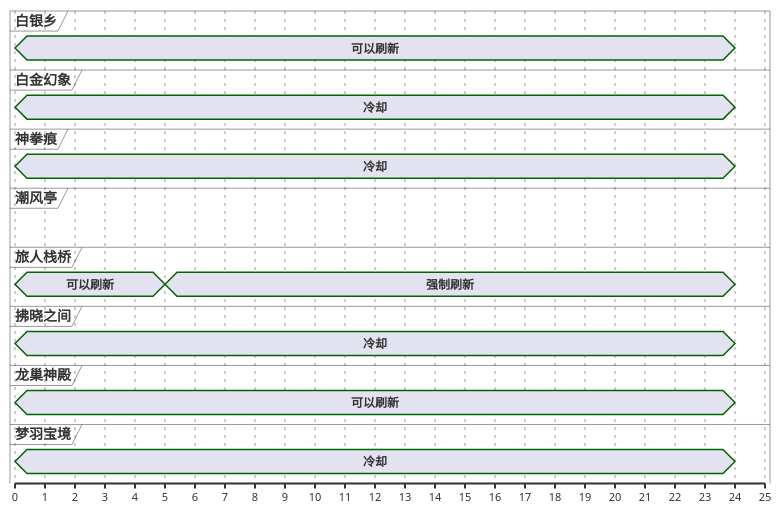
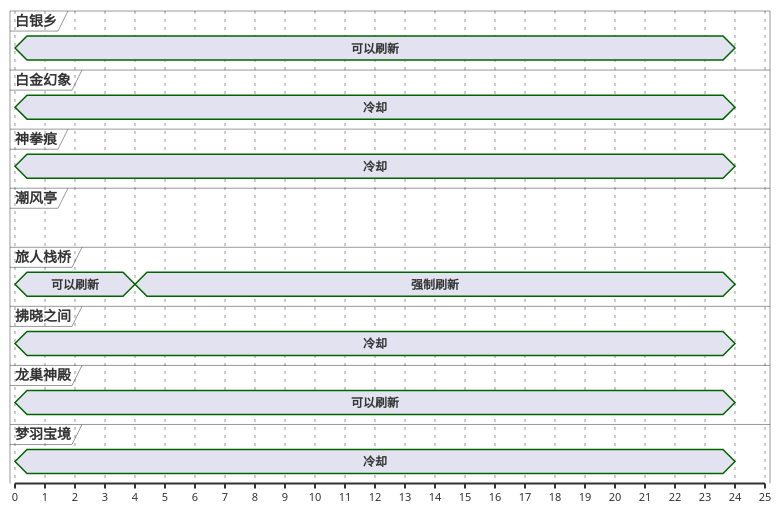
Before and after one commit to Eroleice/doc-pi: the second of 13 diagrams in ffxiv/hunt/2.0/Nunyunuwi.md, drawn with PlantUML. The commit also changed other lines of this file and 38 other files, not shown here.

````diff
--- a/ffxiv/hunt/2.0/Nunyunuwi.md
+++ b/ffxiv/hunt/2.0/Nunyunuwi.md
@@ -90,46 +90,46 @@
 ```plantuml
 @startuml
 scale 1 as 30 pixels
 
 concise 白银乡
 concise 白金幻象
 concise 神拳痕
 concise 潮风亭
 concise 旅人栈桥
 concise 拂晓之间
 concise 龙巢神殿
 concise 梦羽宝境
 
 @白银乡
 0 is 可以刷新
 0 is 强制刷新
 24 is {hidden}
 
 @龙巢神殿
 0 is 可以刷新
 0 is 强制刷新
 24 is {hidden}
 
 @旅人栈桥
 0 is 可以刷新
-5 is 强制刷新
+4 is 强制刷新
 24 is {hidden}
 
 @拂晓之间
 0 is 冷却
 24 is {hidden}
 
 @白金幻象
 0 is 冷却
 24 is {hidden}
 
 @梦羽宝境
 0 is 冷却
 24 is {hidden}
 
 @神拳痕
 0 is 冷却
 24 is {hidden}
 
 @enduml
 ```
````
